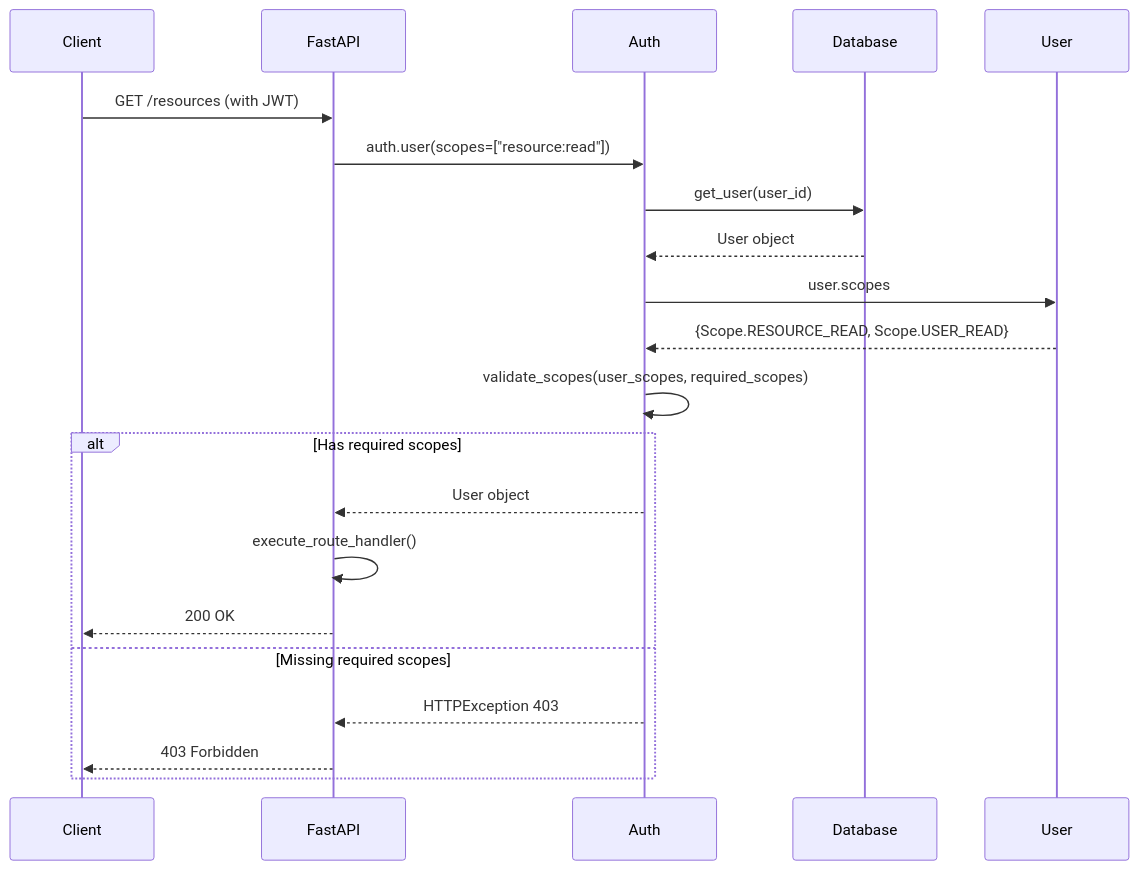
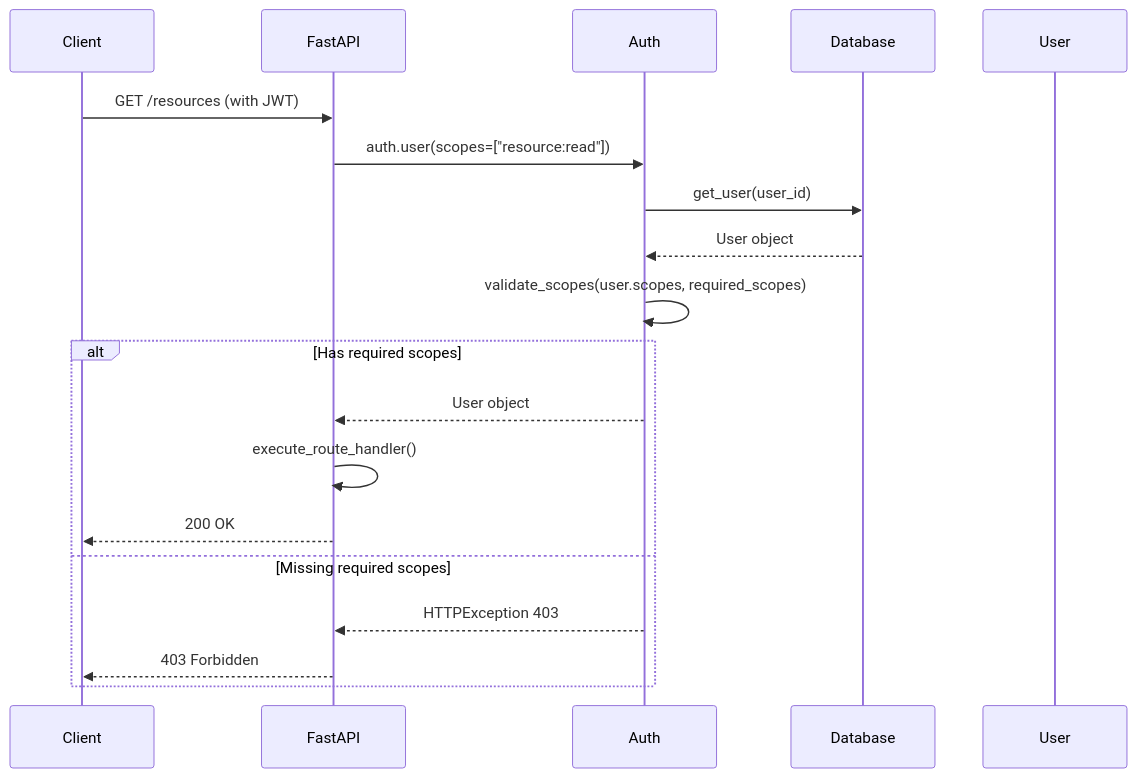
Before and after one commit to mplemay/belgie: the second of 4 diagrams in design/002-user-scopes-strenum.md, drawn with Mermaid. The commit also changed other lines of this file, not shown here.

````diff
--- a/design/002-user-scopes-strenum.md
+++ b/design/002-user-scopes-strenum.md
@@ -119,24 +140,22 @@
 ```mermaid
 sequenceDiagram
     participant Client
     participant FastAPI
     participant Auth
     participant Database
     participant User
 
     Client->>FastAPI: GET /resources (with JWT)
     FastAPI->>Auth: auth.user(scopes=["resource:read"])
     Auth->>Database: get_user(user_id)
     Database-->>Auth: User object
-    Auth->>User: user.scopes
-    User-->>Auth: {Scope.RESOURCE_READ, Scope.USER_READ}
-    Auth->>Auth: validate_scopes(user_scopes, required_scopes)
+    Auth->>Auth: validate_scopes(user.scopes, required_scopes)
     alt Has required scopes
         Auth-->>FastAPI: User object
         FastAPI->>FastAPI: execute_route_handler()
         FastAPI-->>Client: 200 OK
     else Missing required scopes
         Auth-->>FastAPI: HTTPException 403
         FastAPI-->>Client: 403 Forbidden
     end
 ```
````
